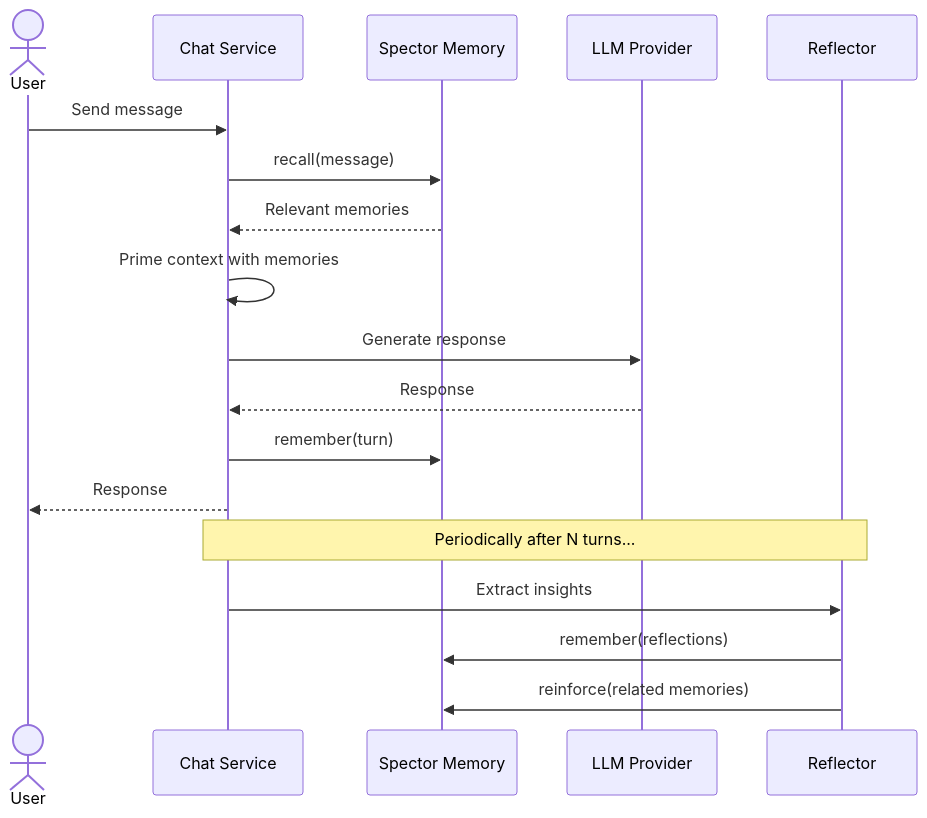
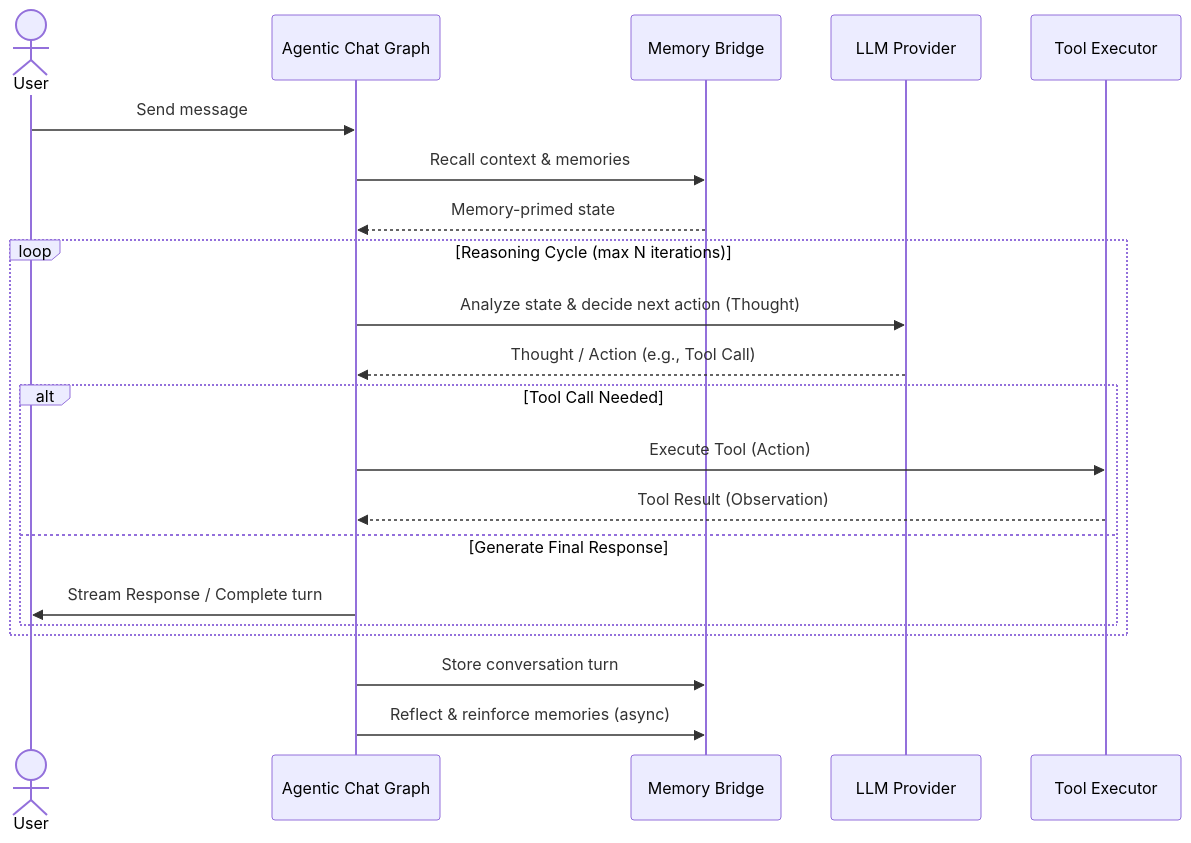
The third of 7 diagrams in docs/docs/synapse/index.md (spectrayan/spector), drawn with Mermaid before and after one commit. The commit also changed other lines of this file and 6 other files, not shown here.

````diff
--- a/docs/docs/synapse/index.md
+++ b/docs/docs/synapse/index.md
@@ -40,22 +86,27 @@
 ```mermaid
 sequenceDiagram
     actor User
-    participant Chat as Chat Service
-    participant Memory as Spector Memory
+    participant Chat as Agentic Chat Graph
+    participant MB as Memory Bridge
     participant LLM as LLM Provider
-    participant Reflect as Reflector
+    participant Tool as Tool Executor
 
     User->>Chat: Send message
-    Chat->>Memory: recall(message)
-    Memory-->>Chat: Relevant memories
-    Chat->>Chat: Prime context with memories
-    Chat->>LLM: Generate response
-    LLM-->>Chat: Response
-    Chat->>Memory: remember(turn)
-    Chat-->>User: Response
-
-    Note over Chat,Reflect: Periodically after N turns...
-    Chat->>Reflect: Extract insights
-    Reflect->>Memory: remember(reflections)
-    Reflect->>Memory: reinforce(related memories)
+    Chat->>MB: Recall context & memories
+    MB-->>Chat: Memory-primed state
+    
+    loop Reasoning Cycle (max N iterations)
+        Chat->>LLM: Analyze state & decide next action (Thought)
+        LLM-->>Chat: Thought / Action (e.g., Tool Call)
+        
+        alt Tool Call Needed
+            Chat->>Tool: Execute Tool (Action)
+            Tool-->>Chat: Tool Result (Observation)
+        else Generate Final Response
+            Chat->>User: Stream Response / Complete turn
+        end
+    end
+    
+    Chat->>MB: Store conversation turn
+    Chat->>MB: Reflect & reinforce memories (async)
 ```
````
